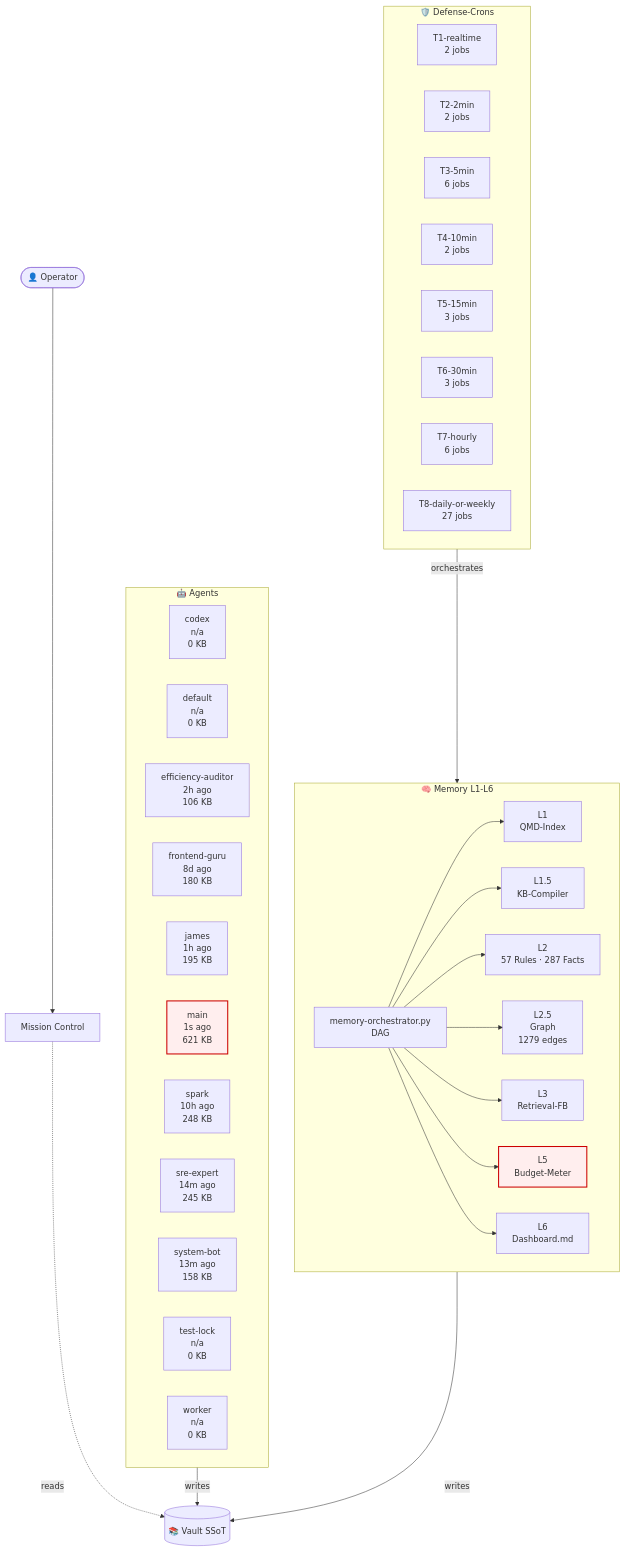
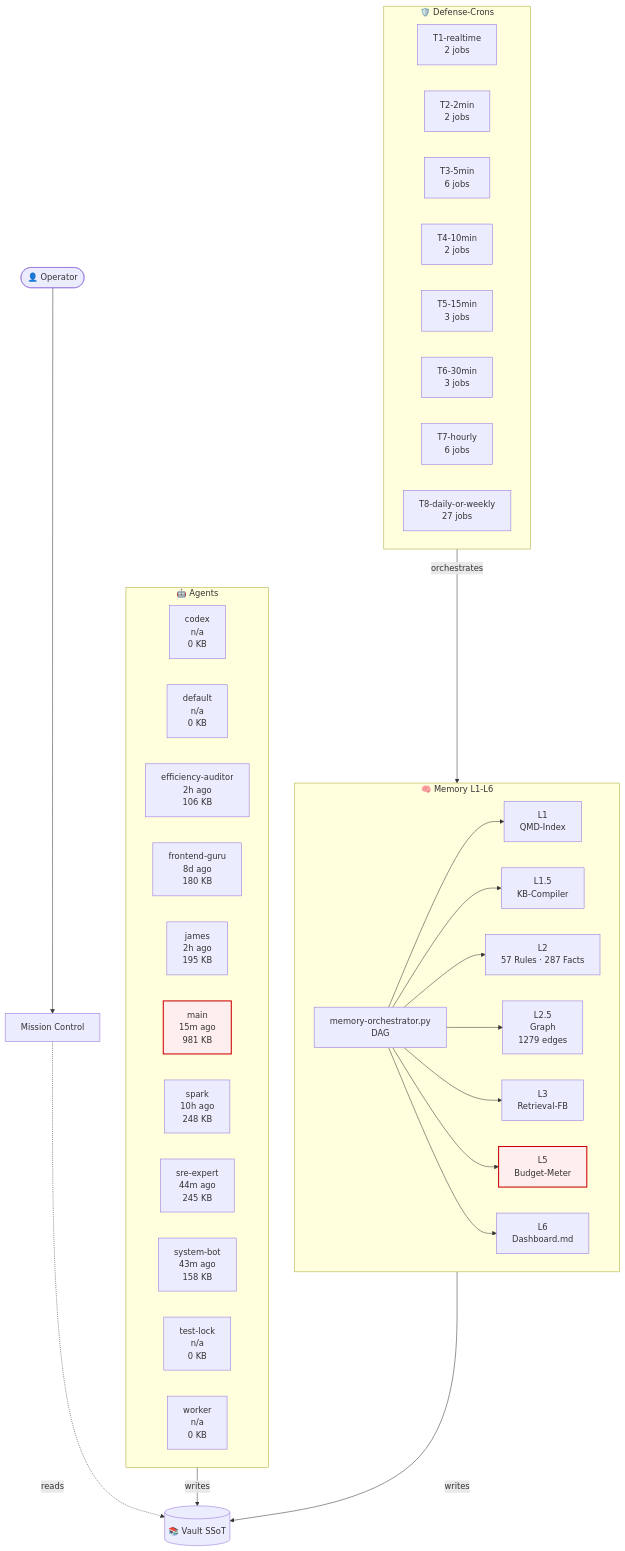
The diagram in 03-Agents/architecture-live.md (lenardhuebner88-rgb/openclaw-memory), drawn with Mermaid before and after one commit. The commit also changed other lines of this file and 15 other files, not shown here.

````diff
--- a/03-Agents/architecture-live.md
+++ b/03-Agents/architecture-live.md
@@ -18,54 +18,54 @@
 ```mermaid
 flowchart TB
     classDef critical fill:#fee,stroke:#c00,stroke-width:2px;
     subgraph AGT["🤖 Agents"]
         agent_codex["codex<br/>n/a<br/>0 KB"]
         agent_default["default<br/>n/a<br/>0 KB"]
         agent_efficiency_auditor["efficiency-auditor<br/>2h ago<br/>106 KB"]
         agent_frontend_guru["frontend-guru<br/>8d ago<br/>180 KB"]
-        agent_james["james<br/>1h ago<br/>195 KB"]
-        agent_main["main<br/>1s ago<br/>621 KB"]
+        agent_james["james<br/>2h ago<br/>195 KB"]
+        agent_main["main<br/>15m ago<br/>981 KB"]
         agent_spark["spark<br/>10h ago<br/>248 KB"]
-        agent_sre_expert["sre-expert<br/>14m ago<br/>245 KB"]
-        agent_system_bot["system-bot<br/>13m ago<br/>158 KB"]
+        agent_sre_expert["sre-expert<br/>44m ago<br/>245 KB"]
+        agent_system_bot["system-bot<br/>43m ago<br/>158 KB"]
         agent_test_lock["test-lock<br/>n/a<br/>0 KB"]
         agent_worker["worker<br/>n/a<br/>0 KB"]
     end
     subgraph MEM["🧠 Memory L1-L6"]
         L1["L1<br/>QMD-Index"]
         L15["L1.5<br/>KB-Compiler"]
         L2["L2<br/>57 Rules · 287 Facts"]
         L25["L2.5<br/>Graph<br/>1279 edges"]
         L3["L3<br/>Retrieval-FB"]
         L5["L5<br/>Budget-Meter"]
         L6["L6<br/>Dashboard.md"]
         ORCH["memory-orchestrator.py<br/>DAG"]
     end
     subgraph CRN["🛡️ Defense-Crons"]
         tier_T1_realtime["T1-realtime<br/>2 jobs"]
         tier_T2_2min["T2-2min<br/>2 jobs"]
         tier_T3_5min["T3-5min<br/>6 jobs"]
         tier_T4_10min["T4-10min<br/>2 jobs"]
         tier_T5_15min["T5-15min<br/>3 jobs"]
         tier_T6_30min["T6-30min<br/>3 jobs"]
         tier_T7_hourly["T7-hourly<br/>6 jobs"]
         tier_T8_daily_or_weekly["T8-daily-or-weekly<br/>27 jobs"]
     end
     VAULT[("📚 Vault SSoT")]
     OP([👤 Operator])
     MC["Mission Control"]
     OP --> MC
     MC -.reads.-> VAULT
     AGT -->|writes| VAULT
     MEM -->|writes| VAULT
     ORCH --> L1
     ORCH --> L15
     ORCH --> L2
     ORCH --> L25
     ORCH --> L3
     ORCH --> L5
     ORCH --> L6
     CRN -->|orchestrates| MEM
     class L5 critical
     class agent_main critical
 ```
````
